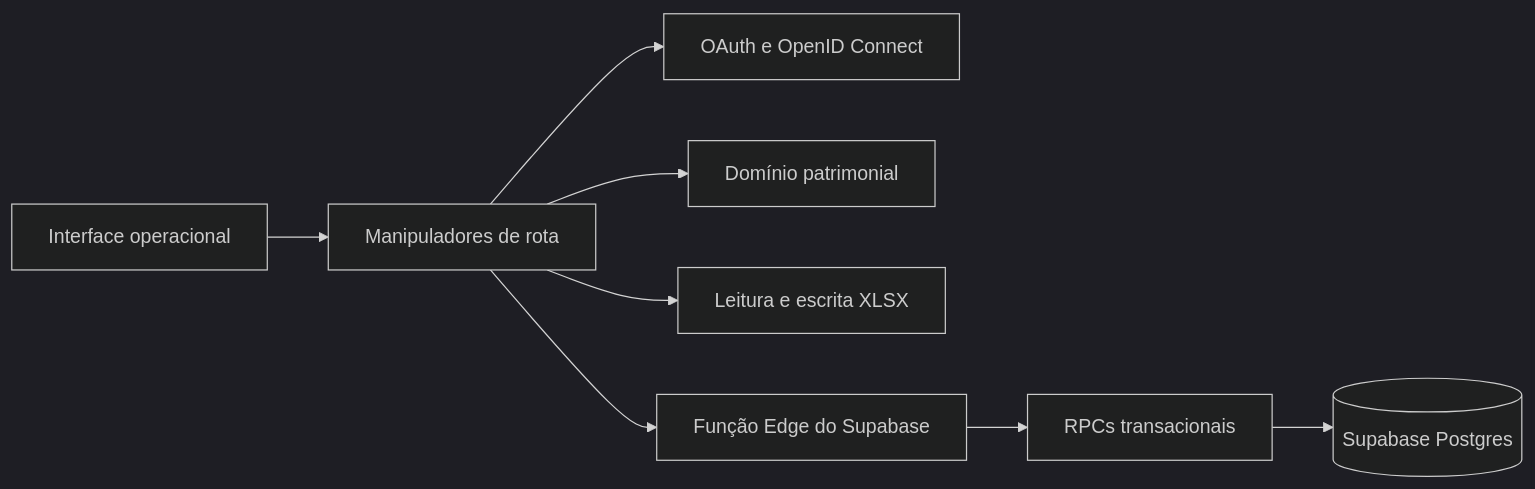
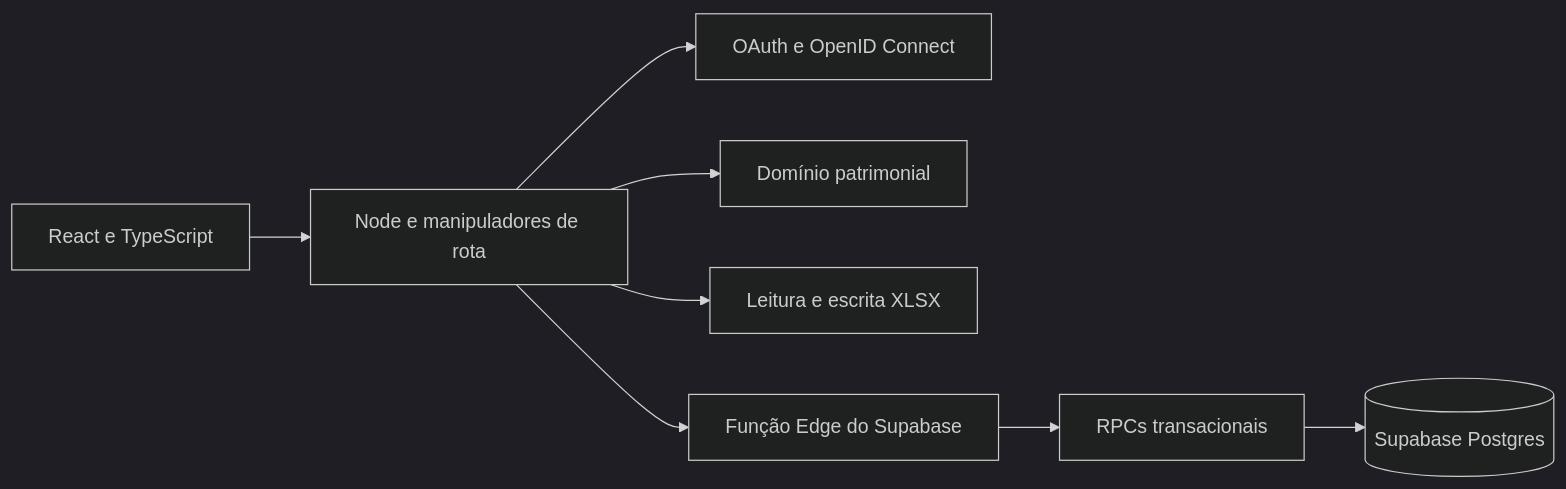
One commit to Kenjihidehira/patrimonio-ops-control changed the diagram in docs/arquitetura.md. Above: the diagram before and after it, drawn with Mermaid (dark theme). The commit also changed other lines of this file and 34 other files, not shown here.

Commit message:
refactor: migrar interface para React e Node

````diff
--- a/docs/arquitetura.md
+++ b/docs/arquitetura.md
@@ -5,10 +5,10 @@
 ```mermaid
 flowchart LR
-    UI[Interface operacional] --> API[Manipuladores de rota]
+    UI[React e TypeScript] --> API[Node e manipuladores de rota]
     API --> AUTH[OAuth e OpenID Connect]
     API --> DOMAIN[Domínio patrimonial]
     API --> XLSX[Leitura e escrita XLSX]
     API --> GATEWAY[Função Edge do Supabase]
     GATEWAY --> RPC[RPCs transacionais]
     RPC --> PG[(Supabase Postgres)]
 ```
````
